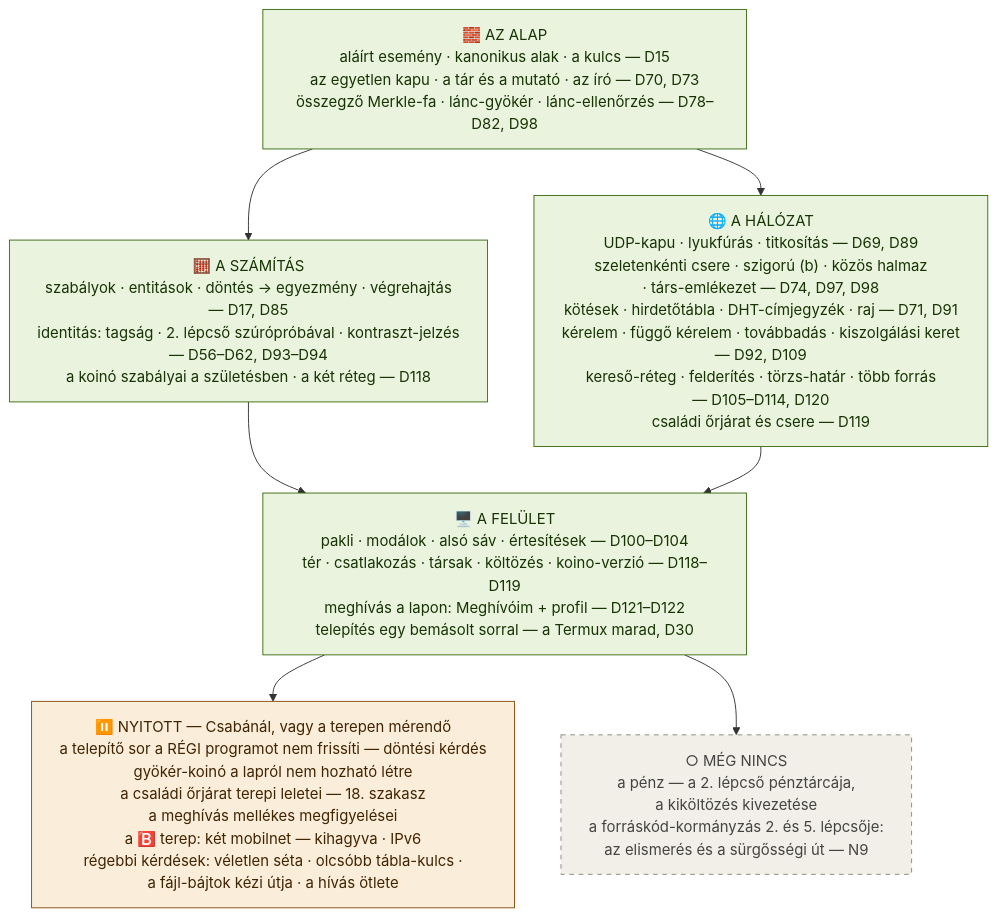
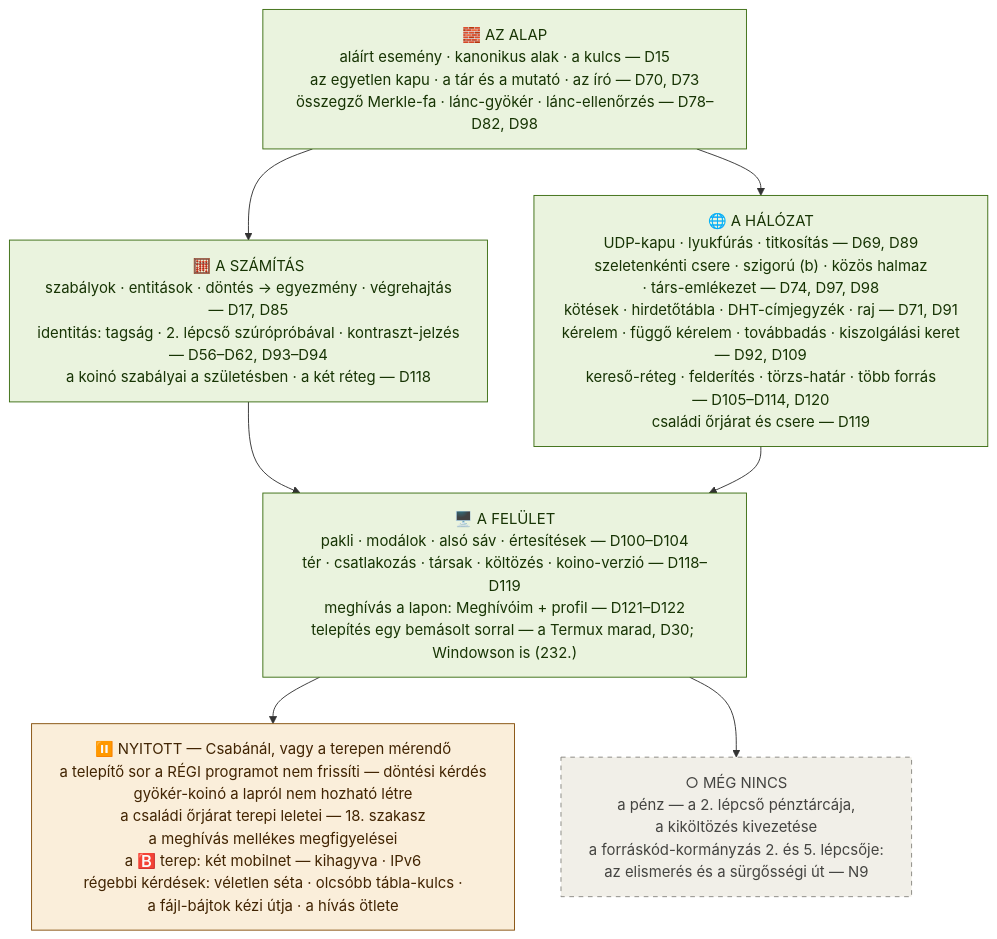
The eighth of 8 diagrams in docs/folyamatabra.md (Biszt/koino_1.1), drawn with Mermaid before and after one commit. The commit also changed other lines of this file and 13 other files, not shown here.

````diff
--- a/docs/folyamatabra.md
+++ b/docs/folyamatabra.md
@@ -373,23 +374,23 @@
 ```mermaid
 %%{init: {"flowchart": {"wrappingWidth": 460}}}%%
 flowchart TB
     ALAP["🧱 AZ ALAP<br/>aláírt esemény · kanonikus alak · a kulcs — D15<br/>az egyetlen kapu · a tár és a mutató · az író — D70, D73<br/>összegző Merkle-fa · lánc-gyökér · lánc-ellenőrzés — D78–D82, D98"]
     SZAM["🧮 A SZÁMÍTÁS<br/>szabályok · entitások · döntés → egyezmény · végrehajtás<br/>— D17, D85<br/>identitás: tagság · 2. lépcső szúrópróbával · kontraszt-jelzés<br/>— D56–D62, D93–D94<br/>a koinó szabályai a születésben · a két réteg — D118"]
     HAL["🌐 A HÁLÓZAT<br/>UDP-kapu · lyukfúrás · titkosítás — D69, D89<br/>szeletenkénti csere · szigorú (b) · közös halmaz<br/>· társ-emlékezet — D74, D97, D98<br/>kötések · hirdetőtábla · DHT-címjegyzék · raj — D71, D91<br/>kérelem · függő kérelem · továbbadás · kiszolgálási keret<br/>— D92, D109<br/>kereső-réteg · felderítés · törzs-határ · több forrás<br/>— D105–D114, D120<br/>családi őrjárat és csere — D119"]
-    FEL["🖥️ A FELÜLET<br/>pakli · modálok · alsó sáv · értesítések — D100–D104<br/>tér · csatlakozás · társak · költözés · koino-verzió — D118–D119<br/>meghívás a lapon: Meghívóim + profil — D121–D122<br/>telepítés egy bemásolt sorral — a Termux marad, D30"]
+    FEL["🖥️ A FELÜLET<br/>pakli · modálok · alsó sáv · értesítések — D100–D104<br/>tér · csatlakozás · társak · költözés · koino-verzió — D118–D119<br/>meghívás a lapon: Meghívóim + profil — D121–D122<br/>telepítés egy bemásolt sorral — a Termux marad, D30; Windowson is (232.)"]
     NY["⏸️ NYITOTT — Csabánál, vagy a terepen mérendő<br/>a telepítő sor a RÉGI programot nem frissíti — döntési kérdés<br/>gyökér-koinó a lapról nem hozható létre<br/>a családi őrjárat terepi leletei — 18. szakasz<br/>a meghívás mellékes megfigyelései<br/>a 🅱️ terep: két mobilnet — kihagyva · IPv6<br/>régebbi kérdések: véletlen séta · olcsóbb tábla-kulcs ·<br/>a fájl-bájtok kézi útja · a hívás ötlete"]
     NI["○ MÉG NINCS<br/>a pénz — a 2. lépcső pénztárcája,<br/>a kiköltözés kivezetése<br/>a forráskód-kormányzás 2. és 5. lépcsője:<br/>az elismerés és a sürgősségi út — N9"]
     ALAP --> SZAM
     ALAP --> HAL
     SZAM --> FEL
     HAL --> FEL
     FEL --> NY
     FEL --> NI
 
     classDef kesz fill:#EAF3DE,stroke:#3B6D11,color:#173404
     classDef nyitott fill:#FAEEDA,stroke:#854F0B,color:#412402
     classDef nincs fill:#F1EFE8,stroke:#888780,color:#444441,stroke-dasharray:5 5
     class ALAP,SZAM,HAL,FEL kesz
     class NY nyitott
     class NI nincs
 ```
````
